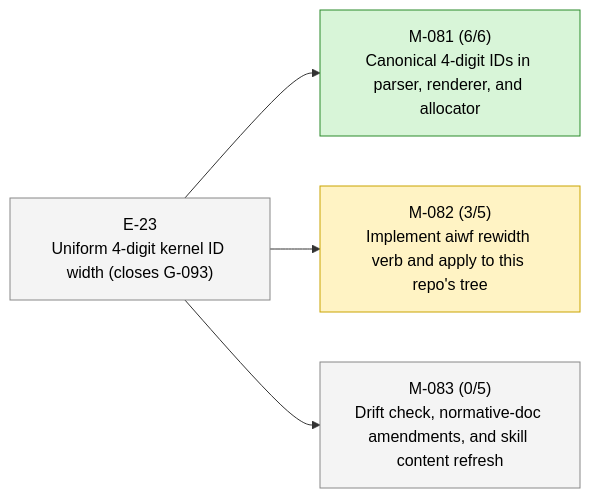
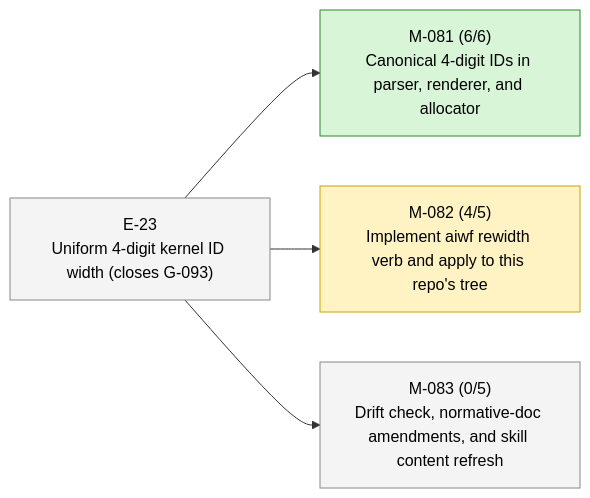
The second of 2 diagrams in STATUS.md (23min/aiwf), drawn with Mermaid before and after one commit. The commit also changed other lines of this file and 1 other file, not shown here.

First line of the commit message:
aiwf promote M-0082/AC-4 open -> met

````diff
--- a/STATUS.md
+++ b/STATUS.md
@@ -47,16 +47,16 @@
 ```mermaid
 flowchart LR
   E_23["E-23<br/>Uniform 4-digit kernel ID width (closes G-093)"]:::epic_proposed
   M_081["M-081 (6/6)<br/>Canonical 4-digit IDs in parser, renderer, and allocator"]:::ms_done
   E_23 --> M_081
-  M_082["M-082 (3/5)<br/>Implement aiwf rewidth verb and apply to this repo's tree"]:::ms_in_progress
+  M_082["M-082 (4/5)<br/>Implement aiwf rewidth verb and apply to this repo's tree"]:::ms_in_progress
   E_23 --> M_082
   M_083["M-083 (0/5)<br/>Drift check, normative-doc amendments, and skill content refresh"]:::ms_draft
   E_23 --> M_083
   classDef epic_active fill:#d6eaff,stroke:#1a73e8,color:#000
   classDef epic_proposed fill:#f4f4f4,stroke:#888,color:#000
   classDef ms_done fill:#d8f5d8,stroke:#2a8a2a,color:#000
   classDef ms_in_progress fill:#fff3c4,stroke:#caa400,color:#000
   classDef ms_draft fill:#f4f4f4,stroke:#888,color:#000
   classDef ms_cancelled fill:#fbeaea,stroke:#c33,color:#000
 ```
````
